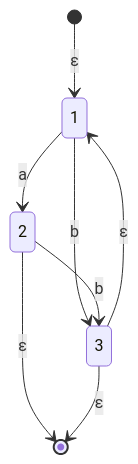
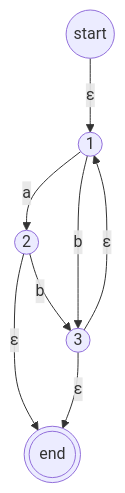
One commit to lucasfth/programs-as-data changed the first of 2 diagrams in README.md. Above: the diagram before and after it, drawn with Mermaid.

Commit message:
Fix all to flowchart

````diff
--- a/README.md
+++ b/README.md
@@ -23,11 +23,17 @@
 ```mermaid
-stateDiagram-v2
+flowchart TD
 
-[*] --> 1 : ε
-1 --> 2 : a
-1 --> 3 : b
-2 --> 3 : b
-3 --> 1 : ε
-2 --> [*] : ε
-3 --> [*] : ε
+ids((start))
+id1((1))
+id2((2))
+id3((3))
+ide(((end)))
+
+ids -- ε --> id1
+id1 -- a --> id2
+id1 -- b --> id3
+id2 -- ε --> ide
+id2 -- b --> id3
+id3 -- ε --> ide
+id3 -- ε --> id1
 ```
````
